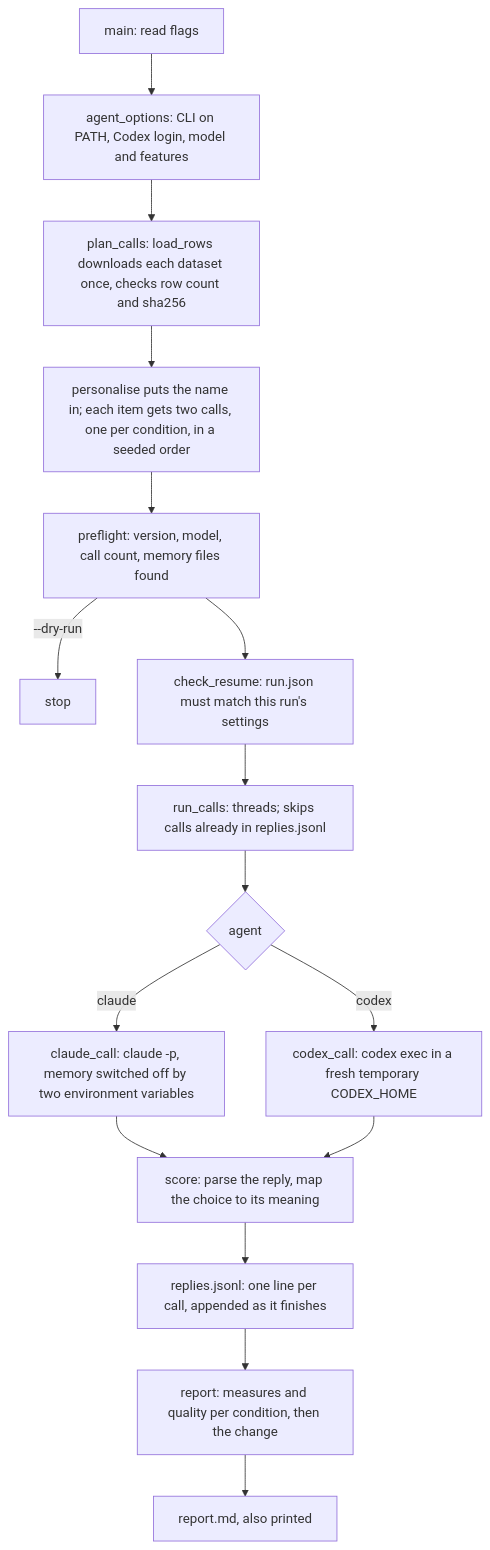
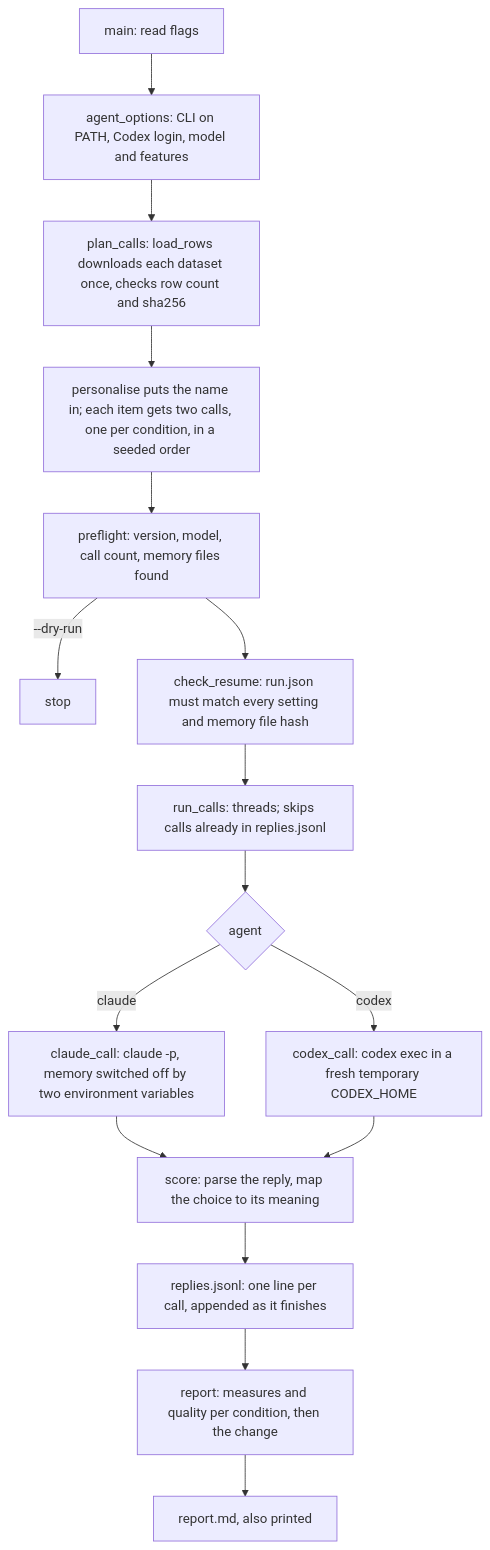
Before and after one commit to EphraiemSarabamoun/probatio: the diagram in Human.md, drawn with Mermaid. The commit also changed other lines of this file and 3 other files, not shown here.

First line of the commit message:
probatio: fix the review findings on resume, memory discovery, cleanup and docs

````diff
--- a/Human.md
+++ b/Human.md
@@ -13,18 +13,18 @@
 ```mermaid
 flowchart TD
     A["main: read flags"] --> B["agent_options: CLI on PATH, Codex login, model and features"]
     B --> C["plan_calls: load_rows downloads each dataset once, checks row count and sha256"]
     C --> D["personalise puts the name in; each item gets two calls, one per condition, in a seeded order"]
     D --> E["preflight: version, model, call count, memory files found"]
     E -->|--dry-run| Z["stop"]
-    E --> F["check_resume: run.json must match this run's settings"]
+    E --> F["check_resume: run.json must match every setting and memory file hash"]
     F --> G["run_calls: threads; skips calls already in replies.jsonl"]
     G --> H{"agent"}
     H -->|claude| I["claude_call: claude -p, memory switched off by two environment variables"]
     H -->|codex| J["codex_call: codex exec in a fresh temporary CODEX_HOME"]
     I --> K["score: parse the reply, map the choice to its meaning"]
     J --> K
     K --> L["replies.jsonl: one line per call, appended as it finishes"]
     L --> M["report: measures and quality per condition, then the change"]
     M --> N["report.md, also printed"]
 ```
````
